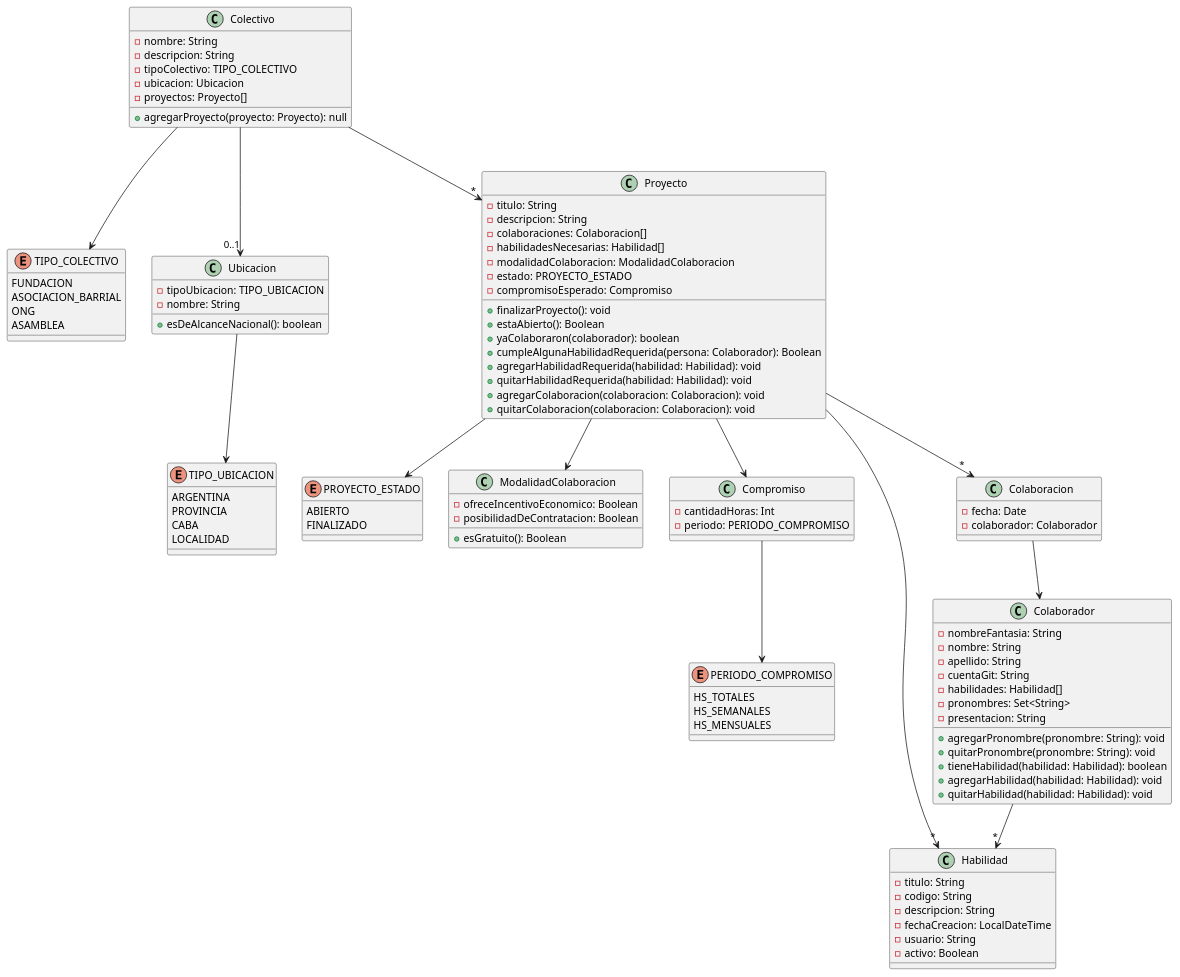
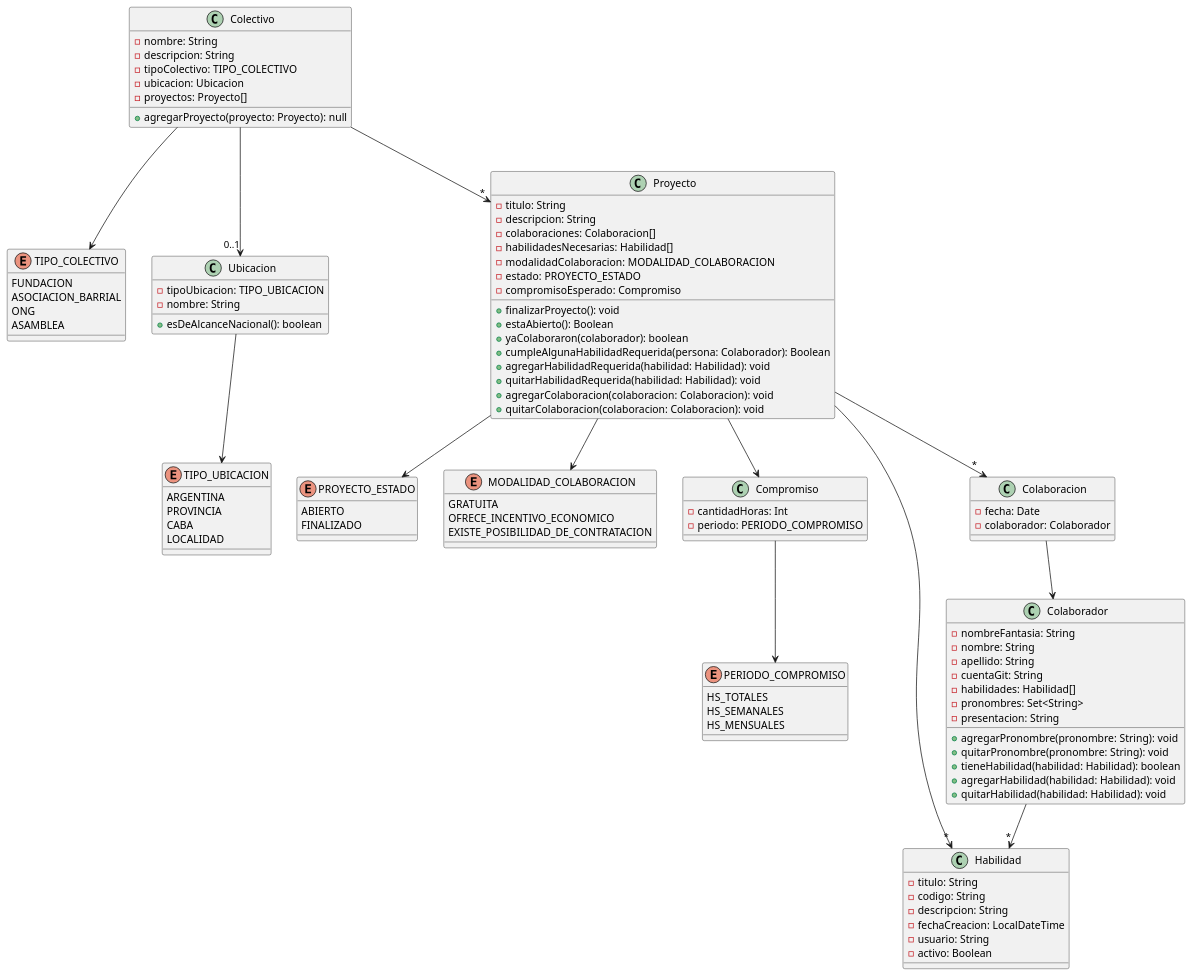
Before and after one commit to Mazzini123/tp-desarrollo-2c-2026: the diagram in diagrama_clases/diagrama_clases.puml, drawn with PlantUML. The commit also changed 7 other files, not shown here.

Commit message:
Actualización diagrama de clases y código Co-authored-by: Facu fterantorrez@frba.utn.edu.ar

```diff
--- a/diagrama_clases/diagrama_clases.puml
+++ b/diagrama_clases/diagrama_clases.puml
@@ -1,127 +1,126 @@
 @startuml
 
 ' ───────────────────────── Colectivo y Ubicación ─────────────────────────
 
 class Colectivo {
   -nombre: String
   -descripcion: String
   -tipoColectivo: TIPO_COLECTIVO
   -ubicacion: Ubicacion
   -proyectos: Proyecto[]
 
   +agregarProyecto(proyecto: Proyecto): null
 }
 
 enum TIPO_COLECTIVO {
   FUNDACION
   ASOCIACION_BARRIAL
   ONG
   ASAMBLEA
 }
 
 class Ubicacion {
   -tipoUbicacion: TIPO_UBICACION
   -nombre: String
 
   +esDeAlcanceNacional(): boolean
 }
 
 enum TIPO_UBICACION {
   ARGENTINA
   PROVINCIA
   CABA
   LOCALIDAD
 }
 
 Colectivo --> TIPO_COLECTIVO
 Colectivo --> "*" Proyecto
 Colectivo --> "0..1" Ubicacion
 Ubicacion --> TIPO_UBICACION
 
 ' ───────────────────────── Proyecto y Compromiso ─────────────────────────
 
 class Proyecto {
   -titulo: String
   -descripcion: String
   -colaboraciones: Colaboracion[]
   -habilidadesNecesarias: Habilidad[]
-  -modalidadColaboracion: ModalidadColaboracion
+  -modalidadColaboracion: MODALIDAD_COLABORACION
   -estado: PROYECTO_ESTADO
   -compromisoEsperado: Compromiso
 
   +finalizarProyecto(): void
   +estaAbierto(): Boolean
   +yaColaboraron(colaborador): boolean
   +cumpleAlgunaHabilidadRequerida(persona: Colaborador): Boolean
   +agregarHabilidadRequerida(habilidad: Habilidad): void
   +quitarHabilidadRequerida(habilidad: Habilidad): void
   +agregarColaboracion(colaboracion: Colaboracion): void
   +quitarColaboracion(colaboracion: Colaboracion): void
 }
 
 enum PROYECTO_ESTADO {
   ABIERTO
   FINALIZADO
 }
 
-class ModalidadColaboracion {
-  -ofreceIncentivoEconomico: Boolean
-  -posibilidadDeContratacion: Boolean
-
-  +esGratuito(): Boolean
+enum MODALIDAD_COLABORACION {
+  GRATUITA
+  OFRECE_INCENTIVO_ECONOMICO
+  EXISTE_POSIBILIDAD_DE_CONTRATACION
 }
 
 class Compromiso {
   -cantidadHoras: Int
   -periodo: PERIODO_COMPROMISO
 }
 
 enum PERIODO_COMPROMISO {
   HS_TOTALES
   HS_SEMANALES
   HS_MENSUALES
 }
 
 Proyecto --> PROYECTO_ESTADO
 Proyecto --> Compromiso
-Proyecto --> ModalidadColaboracion
+Proyecto --> MODALIDAD_COLABORACION
 Compromiso --> PERIODO_COMPROMISO
 
 ' ───────────────────────── Habilidad y Colaboración ─────────────────────────
 
 class Habilidad {
   -titulo: String
   -codigo: String
   -descripcion: String
   -fechaCreacion: LocalDateTime
   -usuario: String
   -activo: Boolean
 }
 
 class Colaboracion {
   -fecha: Date
   -colaborador: Colaborador
 }
 
 class Colaborador {
   -nombreFantasia: String
   -nombre: String
   -apellido: String
   -cuentaGit: String
   -habilidades: Habilidad[]
   -pronombres: Set<String>
   -presentacion: String
 
   +agregarPronombre(pronombre: String): void
   +quitarPronombre(pronombre: String): void
   +tieneHabilidad(habilidad: Habilidad): boolean
   +agregarHabilidad(habilidad: Habilidad): void
   +quitarHabilidad(habilidad: Habilidad): void
 }
 
 Proyecto --> "*" Habilidad
 Proyecto --> "*" Colaboracion
 Colaboracion --> Colaborador
 Colaborador --> "*" Habilidad
 
 @enduml
```
